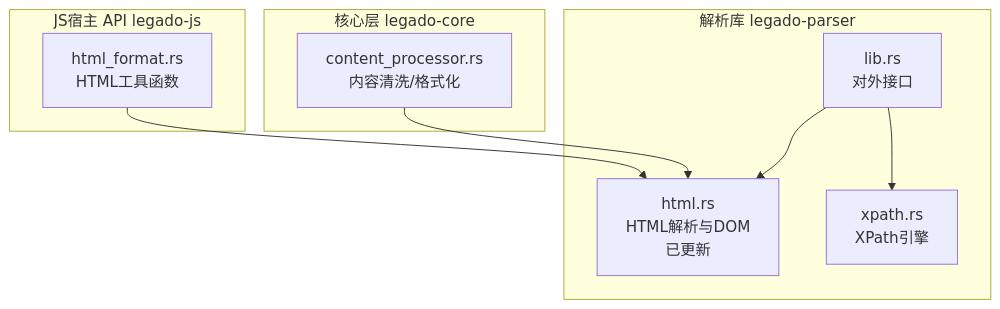
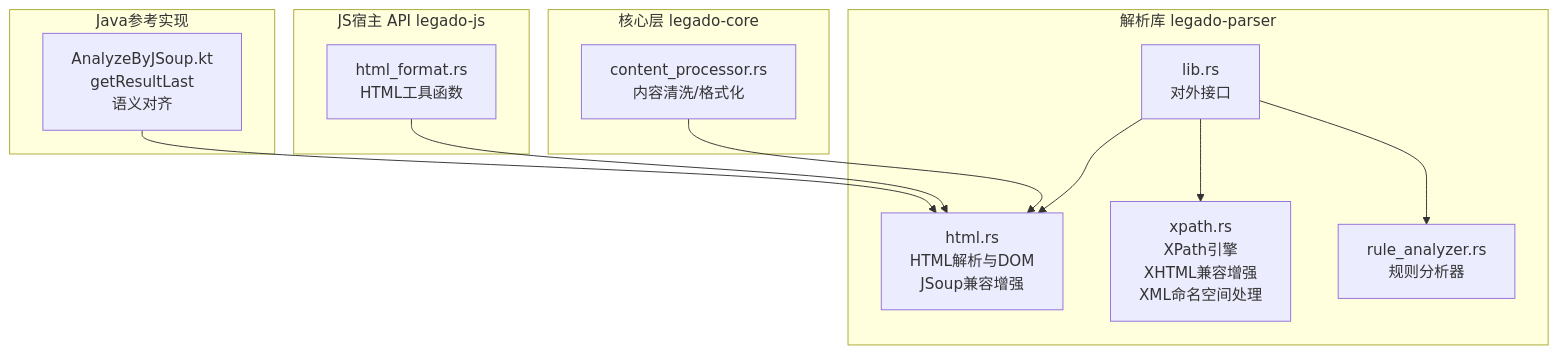
Before and after one commit to ZhangGHGitHub/LegadoTeamFlutter: the first of 9 diagrams in .qoder/repowiki/zh/content/Rust核心库/解析引擎/HTML解析器.md, drawn with Mermaid. The commit also changed other lines of this file and 173 other files, not shown here.

````diff
--- a/.qoder/repowiki/zh/content/Rust核心库/解析引擎/HTML解析器.md
+++ b/.qoder/repowiki/zh/content/Rust核心库/解析引擎/HTML解析器.md
@@ -49,18 +55,24 @@
 ```mermaid
 graph TB
 subgraph "解析库 legado-parser"
-H["html.rs<br/>HTML解析与DOM<br/>已更新"]
-X["xpath.rs<br/>XPath引擎"]
+H["html.rs<br/>HTML解析与DOM<br/>JSoup兼容增强"]
+X["xpath.rs<br/>XPath引擎<br/>XHTML兼容增强<br/>XML命名空间处理"]
 L["lib.rs<br/>对外接口"]
+RA["rule_analyzer.rs<br/>规则分析器"]
 end
 subgraph "核心层 legado-core"
 C["content_processor.rs<br/>内容清洗/格式化"]
 end
 subgraph "JS宿主 API legado-js"
 J["html_format.rs<br/>HTML工具函数"]
 end
+subgraph "Java参考实现"
+K["AnalyzeByJSoup.kt<br/>getResultLast<br/>语义对齐"]
+end
 L --> H
 L --> X
+L --> RA
 C --> H
 J --> H
+K --> H
 ```
````
